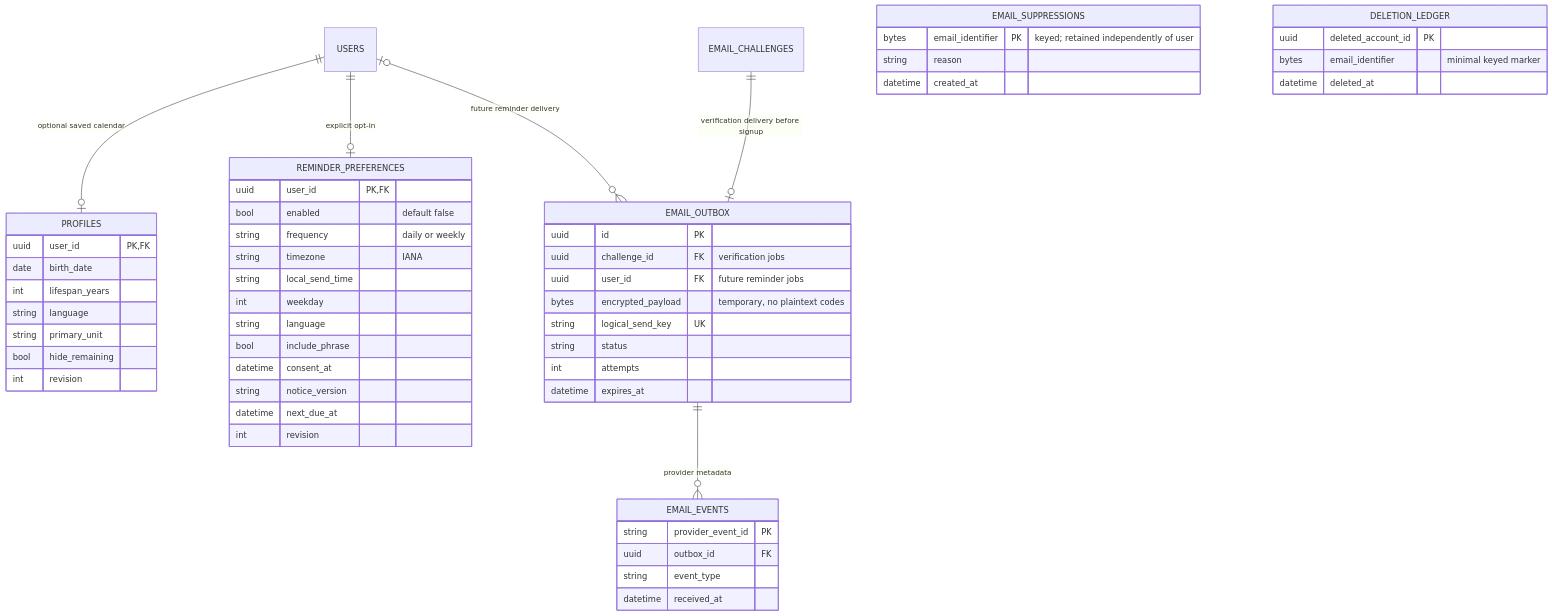
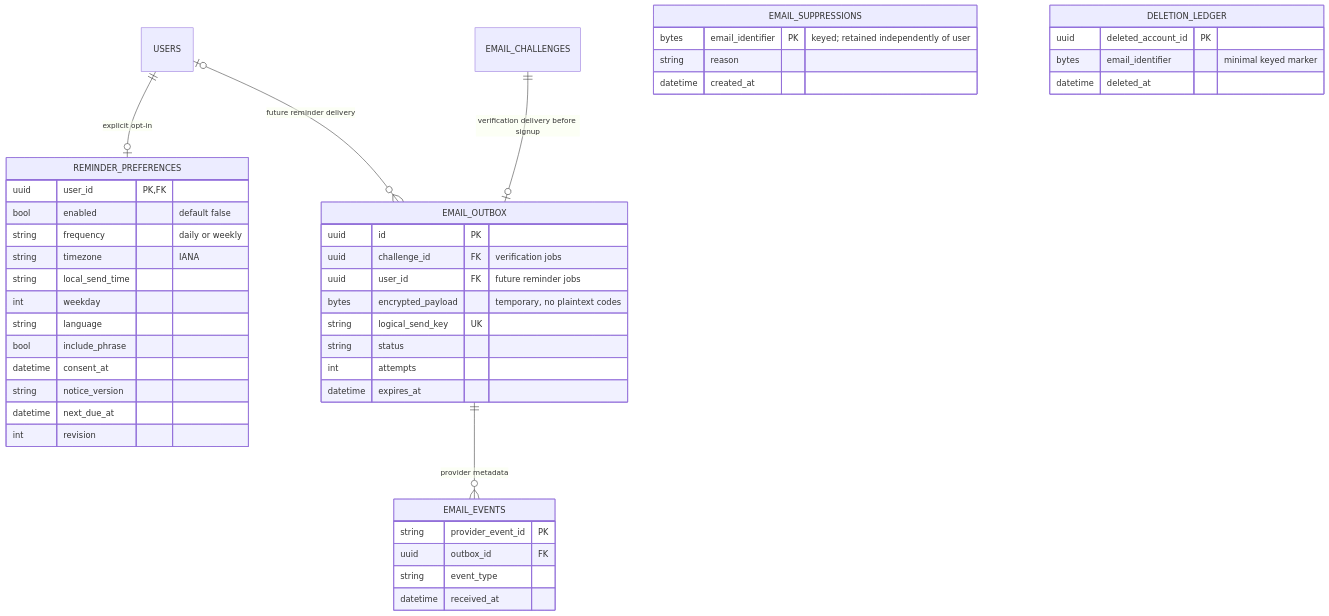
Before and after one commit to agapeengineering/aion: the first of 2 diagrams in docs/architecture/database.md, drawn with Mermaid. The commit also changed other lines of this file and 39 other files, not shown here.

````diff
--- a/docs/architecture/database.md
+++ b/docs/architecture/database.md
@@ -19,57 +27,47 @@
 ```mermaid
 erDiagram
-    USERS ||--o| PROFILES : "optional saved calendar"
     USERS ||--o| REMINDER_PREFERENCES : "explicit opt-in"
     EMAIL_CHALLENGES ||--o| EMAIL_OUTBOX : "verification delivery before signup"
     USERS o|--o{ EMAIL_OUTBOX : "future reminder delivery"
     EMAIL_OUTBOX ||--o{ EMAIL_EVENTS : "provider metadata"
-    PROFILES {
-        uuid user_id PK,FK
-        date birth_date
-        int lifespan_years
-        string language
-        string primary_unit
-        bool hide_remaining
-        int revision
-    }
     REMINDER_PREFERENCES {
         uuid user_id PK,FK
         bool enabled "default false"
         string frequency "daily or weekly"
         string timezone "IANA"
         string local_send_time
         int weekday
         string language
         bool include_phrase
         datetime consent_at
         string notice_version
         datetime next_due_at
         int revision
     }
     EMAIL_OUTBOX {
         uuid id PK
         uuid challenge_id FK "verification jobs"
         uuid user_id FK "future reminder jobs"
         bytes encrypted_payload "temporary, no plaintext codes"
         string logical_send_key UK
         string status
         int attempts
         datetime expires_at
     }
     EMAIL_EVENTS {
         string provider_event_id PK
         uuid outbox_id FK
         string event_type
         datetime received_at
     }
     EMAIL_SUPPRESSIONS {
         bytes email_identifier PK "keyed; retained independently of user"
         string reason
         datetime created_at
     }
     DELETION_LEDGER {
         uuid deleted_account_id PK
         bytes email_identifier "minimal keyed marker"
         datetime deleted_at
     }
 ```
````
